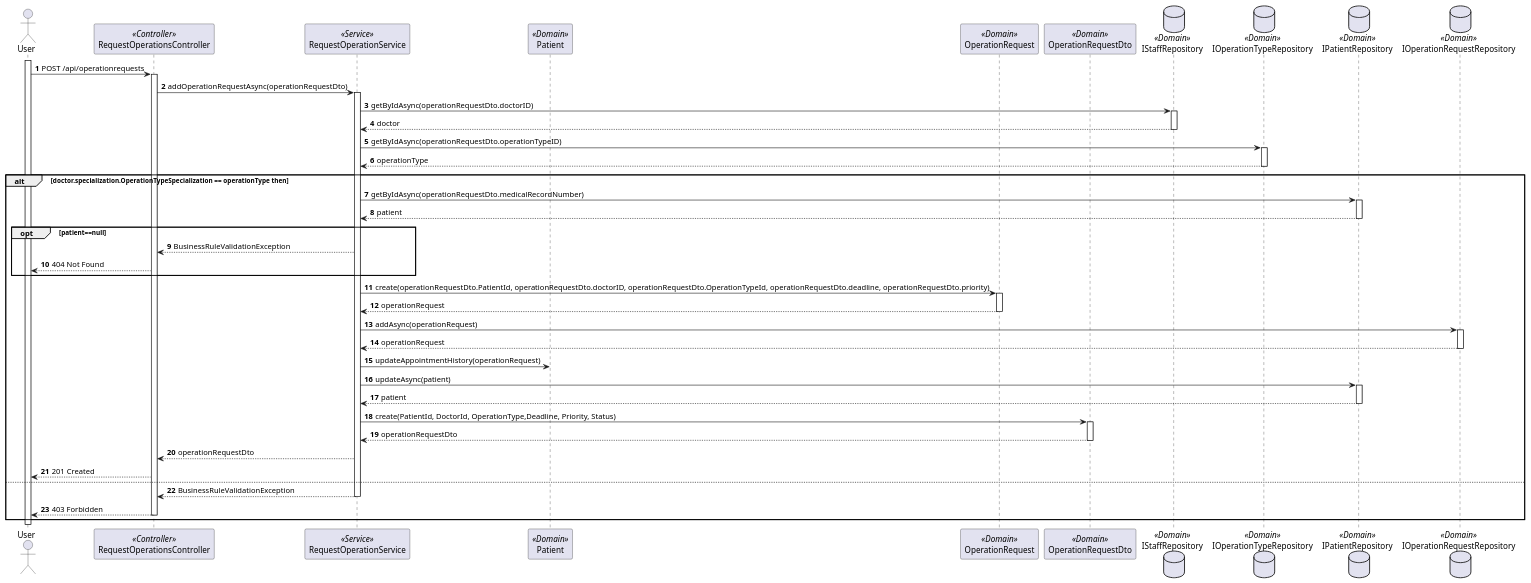
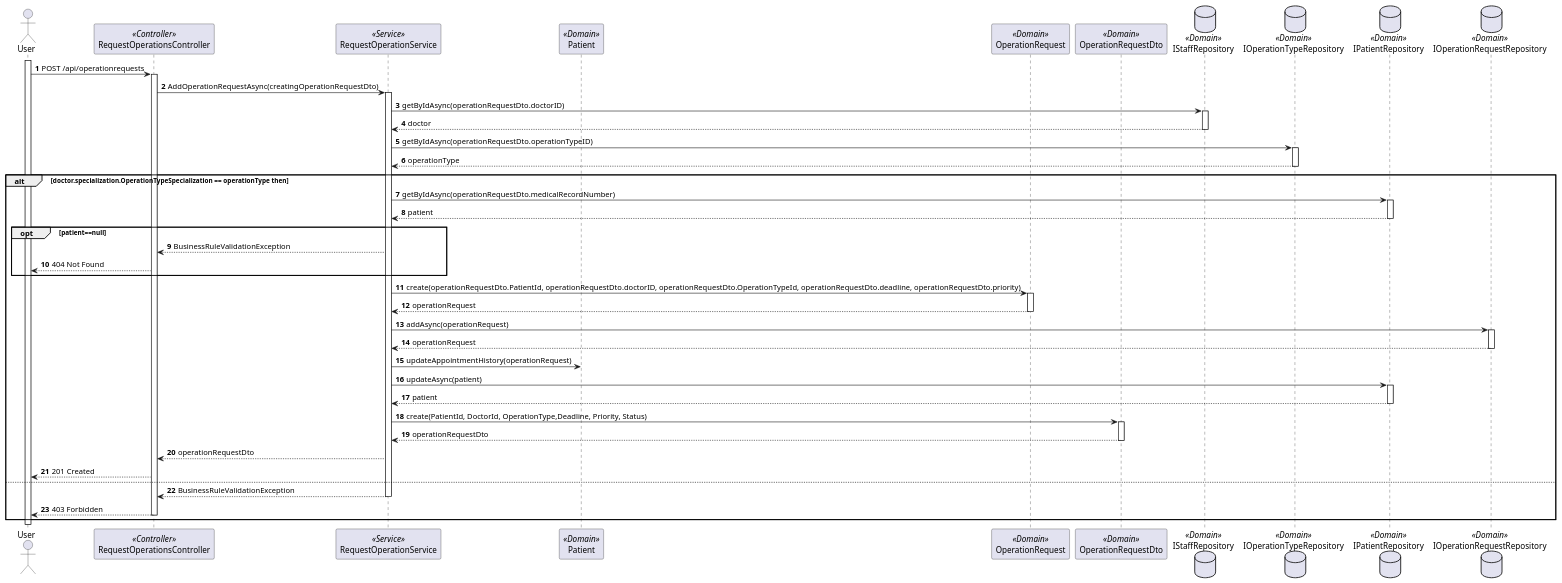
Before and after one commit to 1220846/sem5pi-24-25-3ddg20: the diagram in docs/sprint-a/us-5.1.16/level3/process-view.puml, drawn with PlantUML. The commit also changed 1 other file, not shown here.

```diff
--- a/docs/sprint-a/us-5.1.16/level3/process-view.puml
+++ b/docs/sprint-a/us-5.1.16/level3/process-view.puml
@@ -1,86 +1,86 @@
 @startuml level3
 
 autonumber
 
 actor "User" as UserP
 participant "RequestOperationsController" as Controller <<Controller>>
 participant "RequestOperationService" as Service <<Service>>
 participant "Patient" as Patient <<Domain>>
 participant "OperationRequest" as OperationRequest <<Domain>>
 participant "OperationRequestDto" as OperationRequestDto <<Domain>>
 database "IStaffRepository" as StaffRepository <<Domain>>
 database "IOperationTypeRepository" as OperationTypeRepository <<Domain>>
 database "IPatientRepository" as PatientRepository <<Domain>>
 database "IOperationRequestRepository" as OperationRequestRepository <<Domain>>
 
 activate UserP
 UserP->Controller: POST /api/operationrequests
 activate Controller
 
-    Controller->Service:addOperationRequestAsync(operationRequestDto)
+    Controller->Service:AddOperationRequestAsync(creatingOperationRequestDto)
     activate Service
 
         Service -> StaffRepository:getByIdAsync(operationRequestDto.doctorID)
         activate StaffRepository
 
             StaffRepository-->Service:doctor
         deactivate StaffRepository
         
         Service -> OperationTypeRepository:getByIdAsync(operationRequestDto.operationTypeID)
         activate OperationTypeRepository
 
             OperationTypeRepository-->Service:operationType
         deactivate OperationTypeRepository
 
         alt doctor.specialization.OperationTypeSpecialization == operationType then
         
         Service -> PatientRepository:getByIdAsync(operationRequestDto.medicalRecordNumber)
         activate PatientRepository
 
             PatientRepository-->Service:patient
         deactivate PatientRepository
 
         opt patient==null
             Service-->Controller:BusinessRuleValidationException
         Controller-->UserP:404 Not Found
         end opt
 
         Service->OperationRequest:create(operationRequestDto.PatientId, operationRequestDto.doctorID, operationRequestDto.OperationTypeId, operationRequestDto.deadline, operationRequestDto.priority)
         activate OperationRequest
 
             OperationRequest-->Service:operationRequest
         deactivate OperationRequest
 
         Service->OperationRequestRepository:addAsync(operationRequest)
         activate OperationRequestRepository
 
             OperationRequestRepository-->Service:operationRequest
         deactivate OperationRequestRepository
 
         Service->Patient:updateAppointmentHistory(operationRequest)
 
         Service->PatientRepository:updateAsync(patient)
         activate PatientRepository
 
             PatientRepository-->Service:patient
         deactivate PatientRepository
 
         Service->OperationRequestDto:create(PatientId, DoctorId, OperationType,Deadline, Priority, Status)
         activate OperationRequestDto
 
             OperationRequestDto-->Service:operationRequestDto
         deactivate OperationRequestDto
         Service --> Controller:operationRequestDto
 
         UserP<--Controller:201 Created
         else
             Controller<--Service:BusinessRuleValidationException
         deactivate Service
         UserP<--Controller:403 Forbidden
     deactivate Controller
 
 
     end alt
 
 
 @enduml
```
